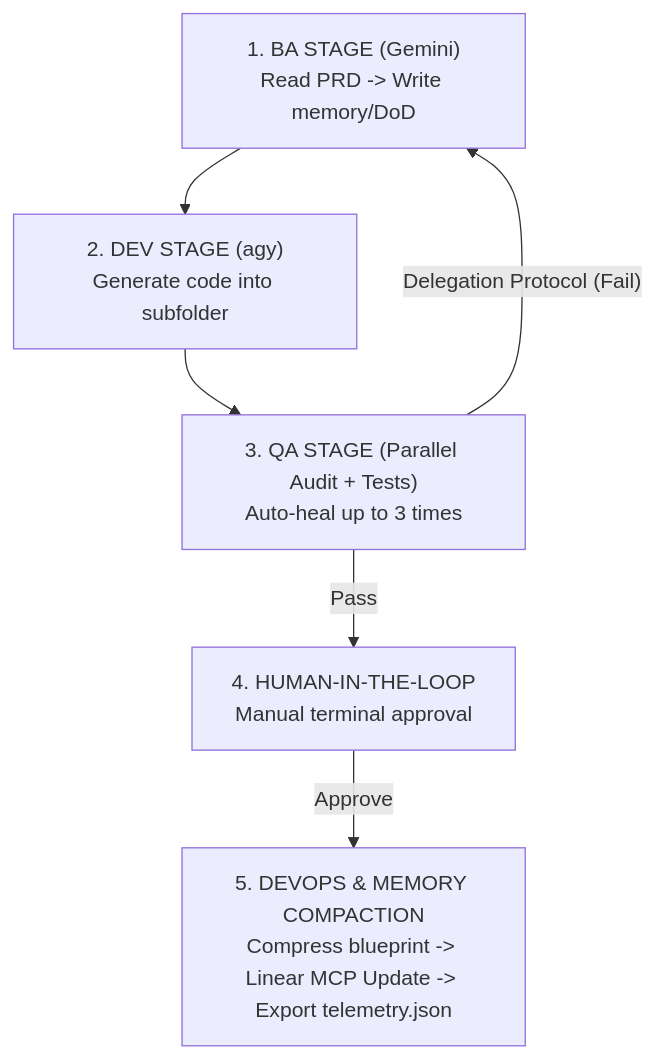
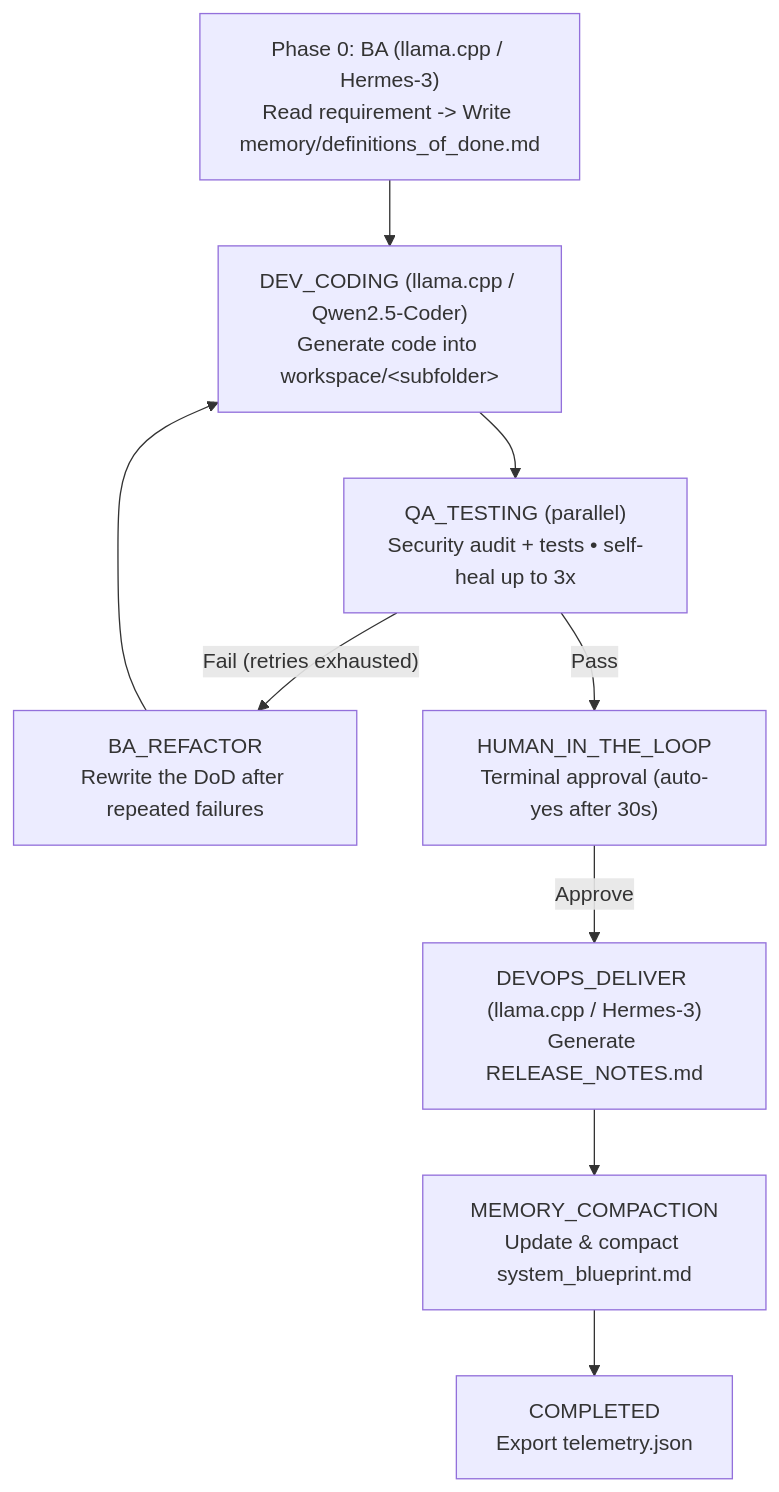
Before and after one commit to dothanhlam/harness-engineering: the diagram in documentation/ebook/en/02_pipeline_architecture.md, drawn with Mermaid. The commit also changed other lines of this file and 11 other files, not shown here.

````diff
--- a/documentation/ebook/en/02_pipeline_architecture.md
+++ b/documentation/ebook/en/02_pipeline_architecture.md
@@ -9,14 +9,20 @@
 ```mermaid
 flowchart TD
-    BA["1. BA STAGE (Gemini)<br>Read PRD -> Write memory/DoD"]
-    DEV["2. DEV STAGE (agy)<br>Generate code into subfolder"]
-    QA["3. QA STAGE (Parallel Audit + Tests)<br>Auto-heal up to 3 times"]
-    HITL["4. HUMAN-IN-THE-LOOP<br>Manual terminal approval"]
-    DEVOPS["5. DEVOPS & MEMORY COMPACTION<br>Compress blueprint -> Linear MCP Update -> Export telemetry.json"]
+    BA["Phase 0: BA (llama.cpp / Hermes-3)<br>Read requirement -> Write memory/definitions_of_done.md"]
+    DEV["DEV_CODING (llama.cpp / Qwen2.5-Coder)<br>Generate code into workspace/&lt;subfolder&gt;"]
+    QA["QA_TESTING (parallel)<br>Security audit + tests • self-heal up to 3x"]
+    BAREF["BA_REFACTOR<br>Rewrite the DoD after repeated failures"]
+    HITL["HUMAN_IN_THE_LOOP<br>Terminal approval (auto-yes after 30s)"]
+    DEVOPS["DEVOPS_DELIVER (llama.cpp / Hermes-3)<br>Generate RELEASE_NOTES.md"]
+    COMPACT["MEMORY_COMPACTION<br>Update & compact system_blueprint.md"]
+    DONE["COMPLETED<br>Export telemetry.json"]
 
     BA --> DEV
     DEV --> QA
-    QA -- "Delegation Protocol (Fail)" --> BA
+    QA -- "Fail (retries exhausted)" --> BAREF
+    BAREF --> DEV
     QA -- "Pass" --> HITL
     HITL -- "Approve" --> DEVOPS
+    DEVOPS --> COMPACT
+    COMPACT --> DONE
 ```
````
